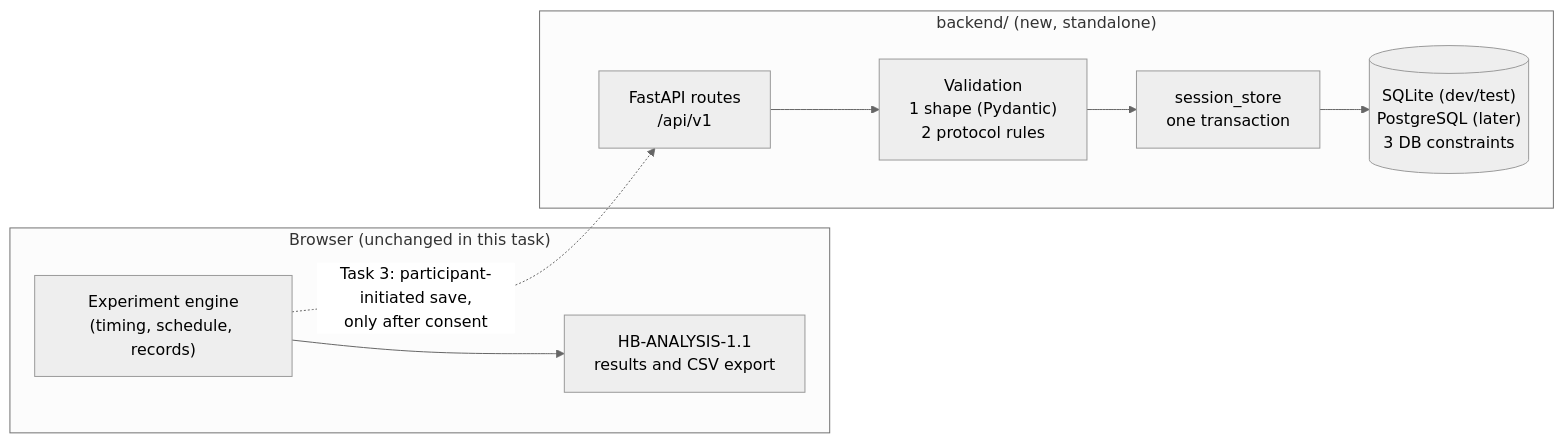
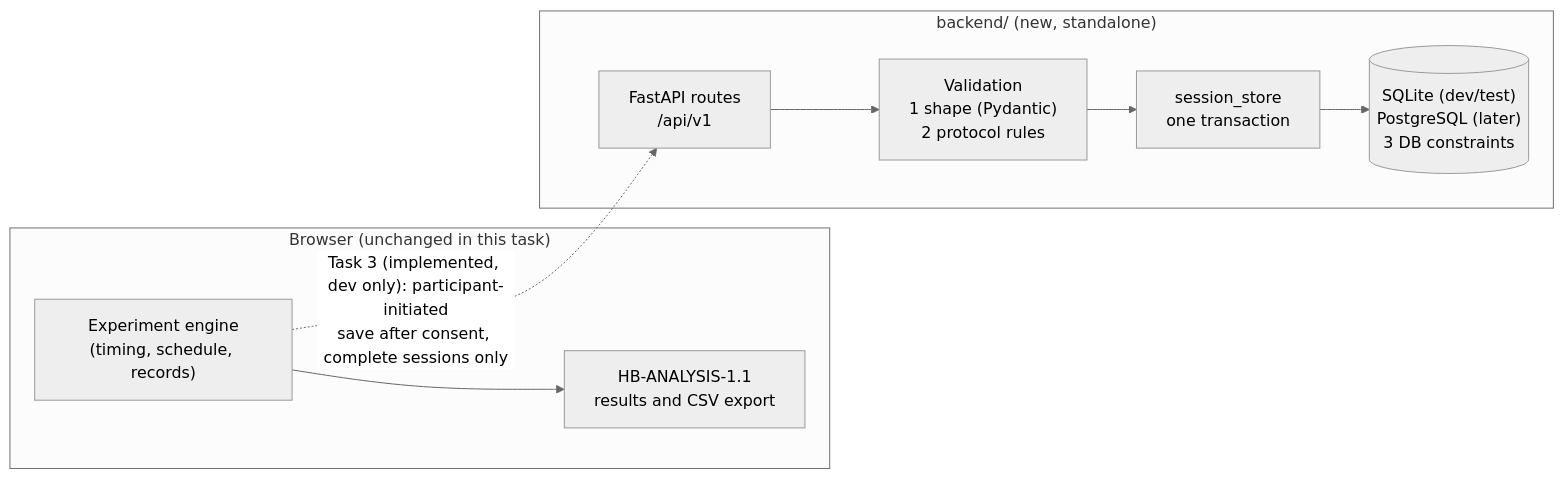
Before and after one commit to Rayhona-T/human-benchmark: the first of 2 diagrams in docs/backend/BACKEND_ARCHITECTURE.md, drawn with Mermaid (neutral theme). The commit also changed other lines of this file and 36 other files, not shown here.

````diff
--- a/docs/backend/BACKEND_ARCHITECTURE.md
+++ b/docs/backend/BACKEND_ARCHITECTURE.md
@@ -27,16 +32,16 @@
 ```mermaid
 flowchart LR
   subgraph Browser["Browser (unchanged in this task)"]
     Engine["Experiment engine<br/>(timing, schedule, records)"]
     Analysis["HB-ANALYSIS-1.1<br/>results and CSV export"]
     Engine --> Analysis
   end
   subgraph Backend["backend/ (new, standalone)"]
     API["FastAPI routes<br/>/api/v1"]
     Val["Validation<br/>1 shape (Pydantic)<br/>2 protocol rules"]
     Store["session_store<br/>one transaction"]
     DB[("SQLite (dev/test)<br/>PostgreSQL (later)<br/>3 DB constraints")]
     API --> Val --> Store --> DB
   end
-  Engine -. "Task 3: participant-initiated save,<br/>only after consent" .-> API
+  Engine -. "Task 3 (implemented, dev only): participant-initiated<br/>save after consent, complete sessions only" .-> API
 ```
````
